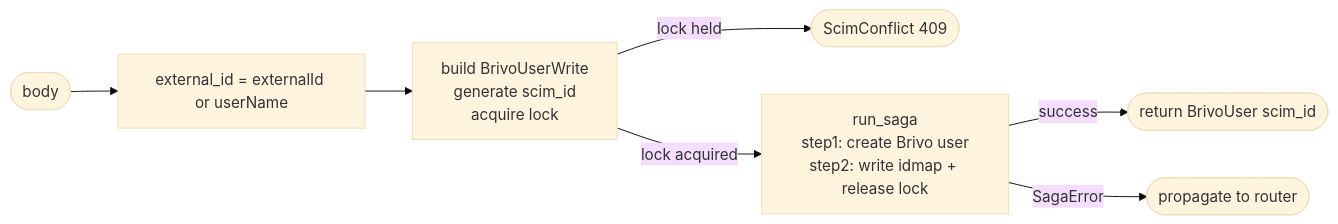
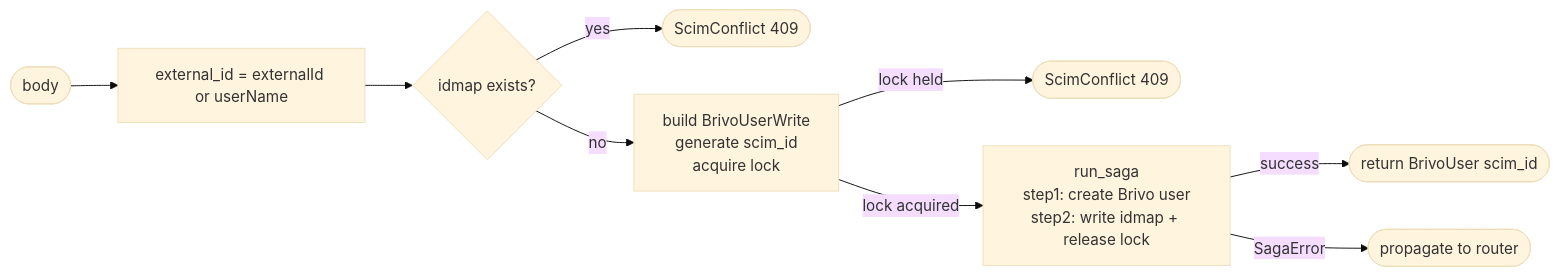
The diagram in docs/specs/20260620224016_create_user_saga.md (niconisoria/scim-bridge), drawn with Mermaid (base theme) before and after one commit. The commit also changed other lines of this file, not shown here.

First line of the commit message:
chore(specs): update create_user_saga spec for duplicate detection and optional externalId

````diff
--- a/docs/specs/20260620224016_create_user_saga.md
+++ b/docs/specs/20260620224016_create_user_saga.md
@@ -44,9 +46,11 @@
 ```mermaid
 flowchart LR
     A([body]) --> B[external_id = externalId or userName]
-    B --> D[build BrivoUserWrite\ngenerate scim_id\nacquire lock]
+    B --> C{idmap exists?}
+    C -- yes --> Z([ScimConflict 409])
+    C -- no --> D[build BrivoUserWrite\ngenerate scim_id\nacquire lock]
     D -- lock held --> E([ScimConflict 409])
     D -- lock acquired --> F[run_saga\nstep1: create Brivo user\nstep2: write idmap + release lock]
     F -- success --> G([return BrivoUser scim_id])
     F -- SagaError --> H([propagate to router])
 ```
````
